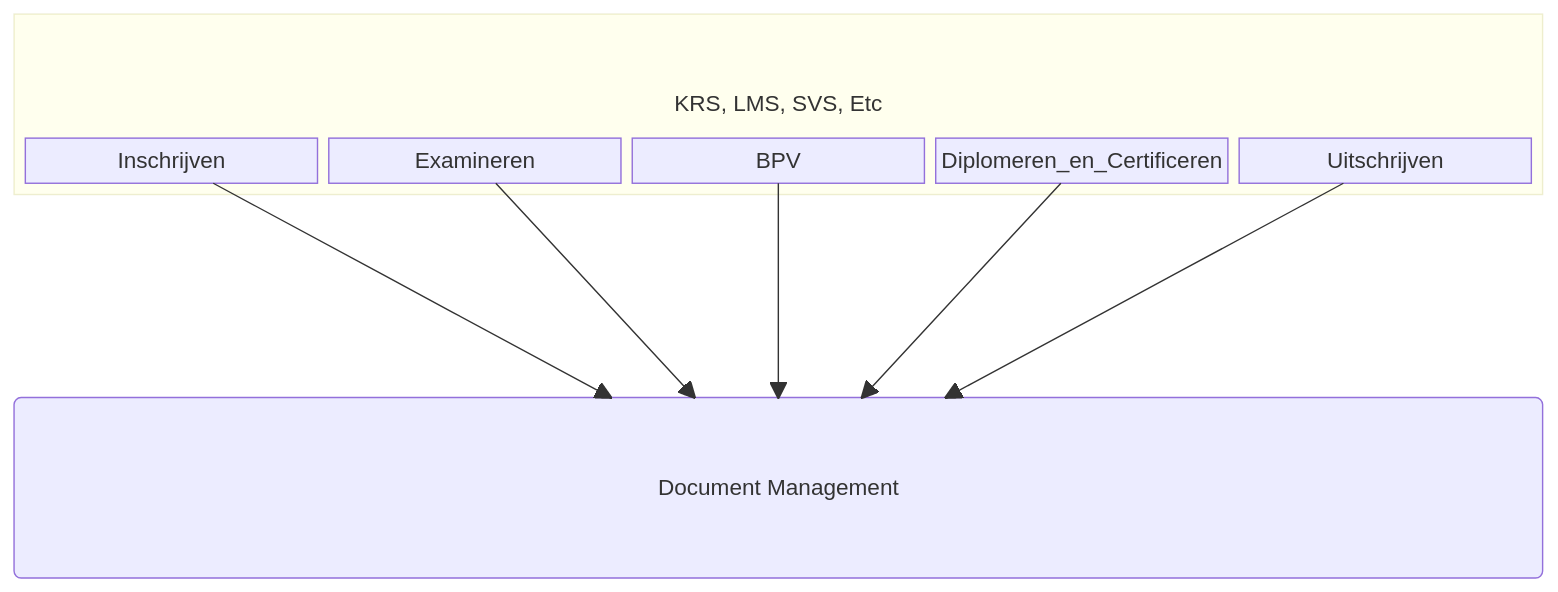
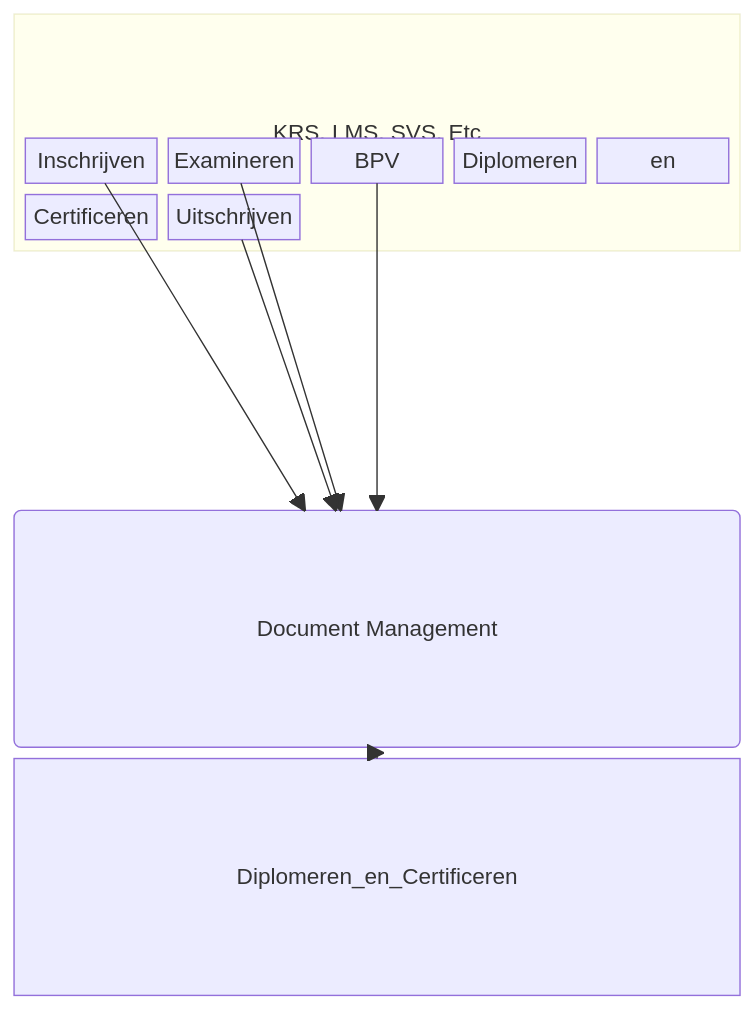
One commit to Onderwijs-Koppelingen-OKx/OKD-Document-Management changed the first of 2 diagrams in README.md. Above: the diagram before and after it, drawn with Mermaid.

````diff
--- a/README.md
+++ b/README.md
@@ -39,21 +39,21 @@
 ```mermaid
 block-beta
 columns 1
   block:ID("KRS, LMS, SVS, Etc")
   columns 5
     space:10
     Inschrijven
     Examineren
     BPV
-    Diplomeren_en_Certificeren
+    Diplomeren en Certificeren
     Uitschrijven
   end
   space
   D ("Document Management")
   Inschrijven --> D
   Examineren --> D
   BPV --> D
   Diplomeren_en_Certificeren --> D
   Uitschrijven --> D
 
 ```
````
